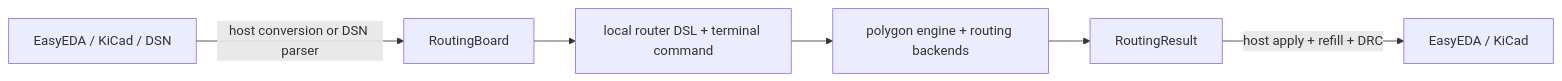
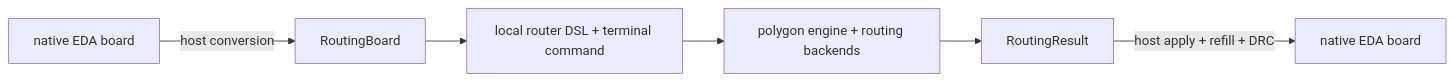
Before and after one commit to biosshot/eda-copilot-router: the diagram in docs/architecture/eda-neutral-package.md, drawn with Mermaid. The commit also changed other lines of this file and 67 other files, not shown here.

````diff
--- a/docs/architecture/eda-neutral-package.md
+++ b/docs/architecture/eda-neutral-package.md
@@ -10,8 +9,8 @@
 ```mermaid
 flowchart LR
-  A["EasyEDA / KiCad / DSN"] -->|host conversion or DSN parser| B["RoutingBoard"]
+  A["native EDA board"] -->|host conversion| B["RoutingBoard"]
   B --> C["local router DSL + terminal command"]
   C --> D["polygon engine + routing backends"]
   D --> E["RoutingResult"]
-  E -->|host apply + refill + DRC| F["EasyEDA / KiCad"]
+  E -->|host apply + refill + DRC| F["native EDA board"]
 ```
````
